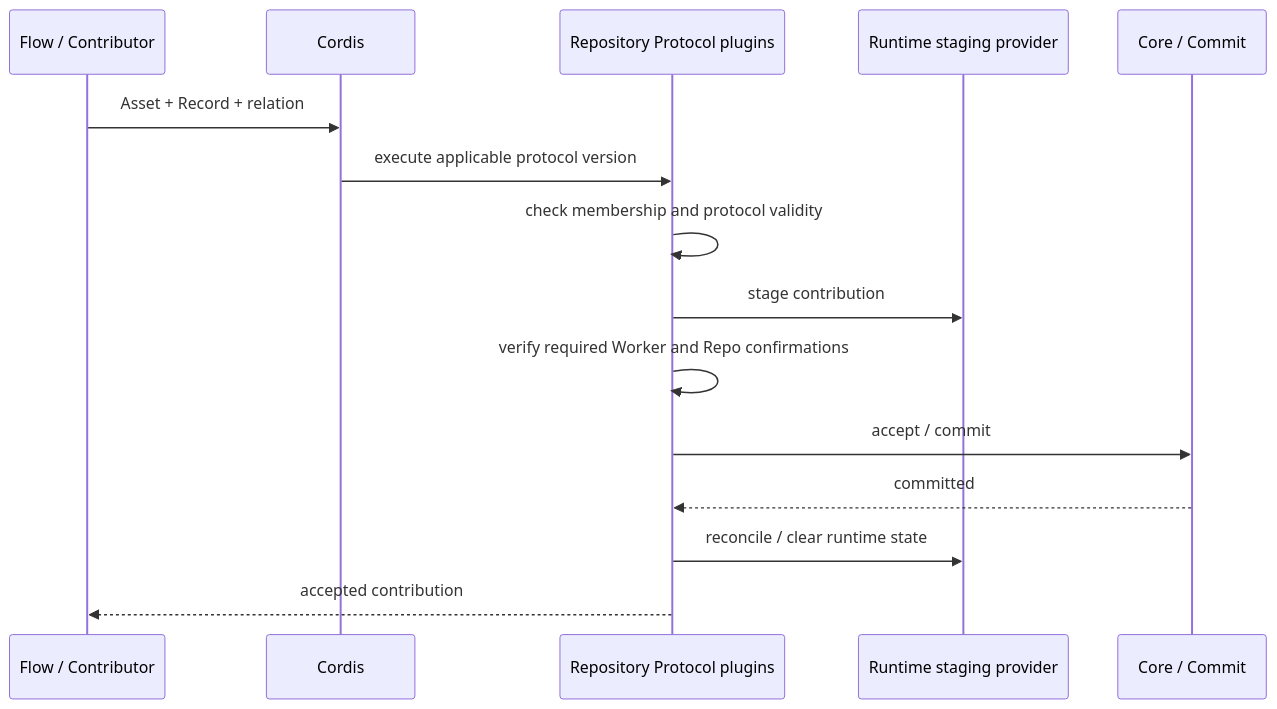
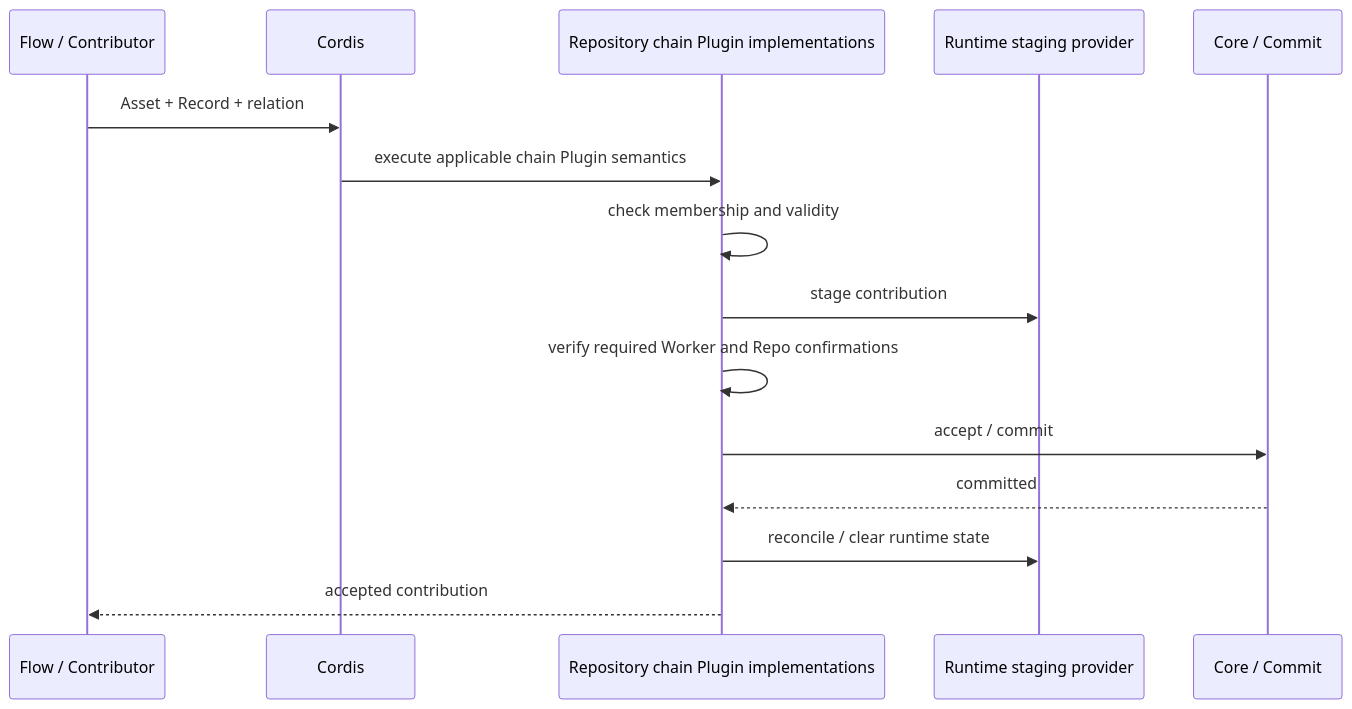
Before and after one commit to labourchain/repository: the third of 4 diagrams in docs/architecture.md, drawn with Mermaid. The commit also changed other lines of this file, not shown here.

Commit message:
docs: align Bootstrap architecture with chain Plugin model

````diff
--- a/docs/architecture.md
+++ b/docs/architecture.md
@@ -145,18 +140,18 @@
 ```mermaid
 sequenceDiagram
     participant Consumer as Flow / Contributor
     participant Cordis as Cordis
-    participant Protocol as Repository Protocol plugins
+    participant Plugin as Repository chain Plugin implementations
     participant Stage as Runtime staging provider
     participant Core as Core / Commit
 
     Consumer->>Cordis: Asset + Record + relation
-    Cordis->>Protocol: execute applicable protocol version
-    Protocol->>Protocol: check membership and protocol validity
-    Protocol->>Stage: stage contribution
-    Protocol->>Protocol: verify required Worker and Repo confirmations
-    Protocol->>Core: accept / commit
-    Core-->>Protocol: committed
-    Protocol->>Stage: reconcile / clear runtime state
-    Protocol-->>Consumer: accepted contribution
+    Cordis->>Plugin: execute applicable chain Plugin semantics
+    Plugin->>Plugin: check membership and validity
+    Plugin->>Stage: stage contribution
+    Plugin->>Plugin: verify required Worker and Repo confirmations
+    Plugin->>Core: accept / commit
+    Core-->>Plugin: committed
+    Plugin->>Stage: reconcile / clear runtime state
+    Plugin-->>Consumer: accepted contribution
 ```
````
